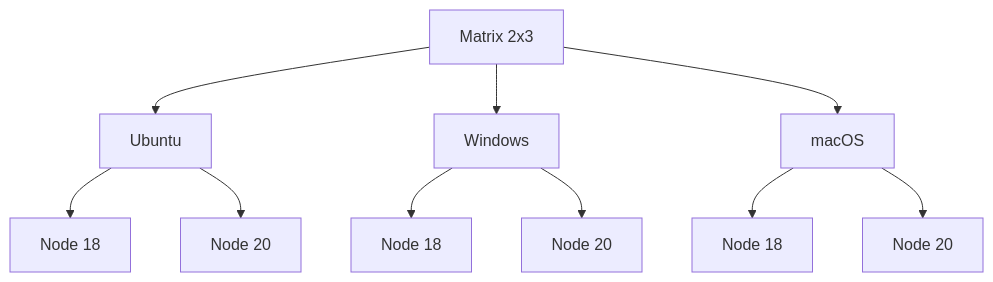
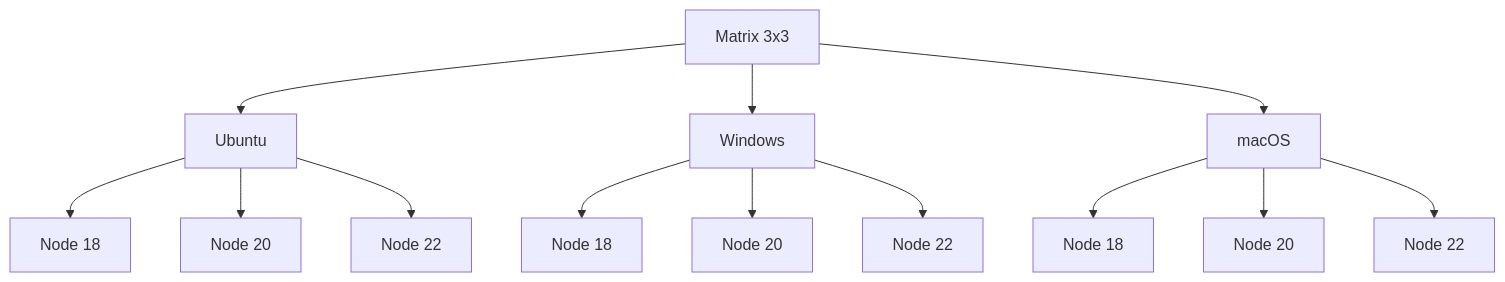
One commit to Kaio4816/fiap-dclt-aula02 changed the fourth of 5 diagrams in VIDEO-2.2-PASSO-A-PASSO.md. Above: the diagram before and after it, drawn with Mermaid. The commit also changed other lines of this file and 2 other files, not shown here.

Commit message:
feat(video-2.2): expandir documentação com matrix 2D e múltiplos OS

````diff
--- a/VIDEO-2.2-PASSO-A-PASSO.md
+++ b/VIDEO-2.2-PASSO-A-PASSO.md
@@ -238,15 +392,18 @@
 ```mermaid
 graph TB
-    A[Matrix 2x3] --> B[Ubuntu]
+    A[Matrix 3x3] --> B[Ubuntu]
     A --> C[Windows]
     A --> D[macOS]
     
     B --> B1[Node 18]
     B --> B2[Node 20]
+    B --> B3[Node 22]
     
     C --> C1[Node 18]
     C --> C2[Node 20]
+    C --> C3[Node 22]
     
     D --> D1[Node 18]
     D --> D2[Node 20]
+    D --> D3[Node 22]
 ```
````
